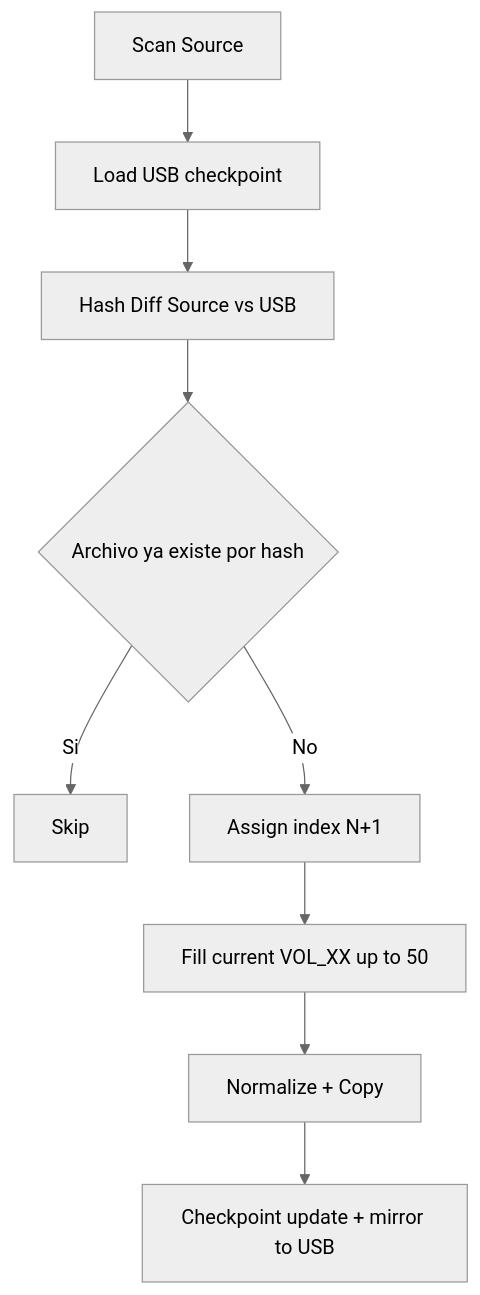
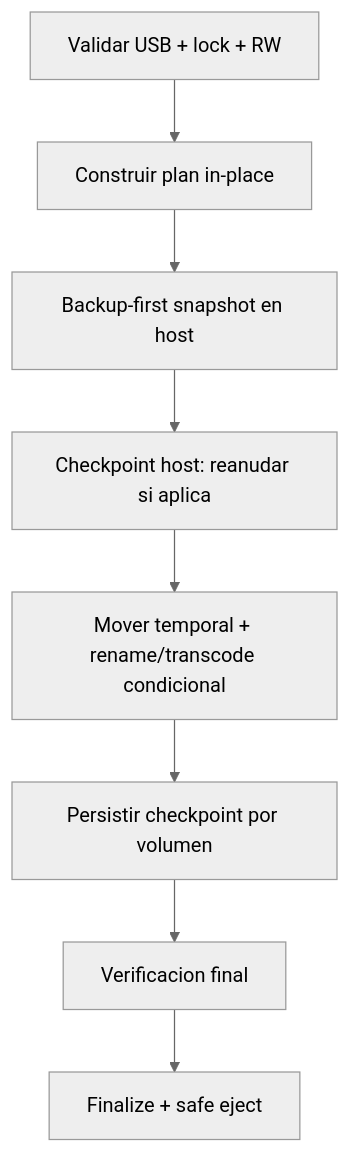
The second of 2 diagrams in README.md (luisrc722/legacy-audio-provisioner), drawn with Mermaid (neutral theme) before and after one commit. The commit also changed other lines of this file, not shown here.

````diff
--- a/README.md
+++ b/README.md
@@ -42,11 +81,10 @@
 ```mermaid
 flowchart TD
-    A[Scan Source] --> B[Load USB checkpoint]
-    B --> C[Hash Diff Source vs USB]
-    C --> D{Archivo ya existe por hash}
-    D -- Si --> E[Skip]
-    D -- No --> F[Assign index N+1]
-    F --> G[Fill current VOL_XX up to 50]
-    G --> H[Normalize + Copy]
-    H --> I[Checkpoint update + mirror to USB]
+    A[Validar USB + lock + RW] --> B[Construir plan in-place]
+    B --> C[Backup-first snapshot en host]
+    C --> D[Checkpoint host: reanudar si aplica]
+    D --> E[Mover temporal + rename/transcode condicional]
+    E --> F[Persistir checkpoint por volumen]
+    F --> G[Verificacion final]
+    G --> H[Finalize + safe eject]
 ```
````
